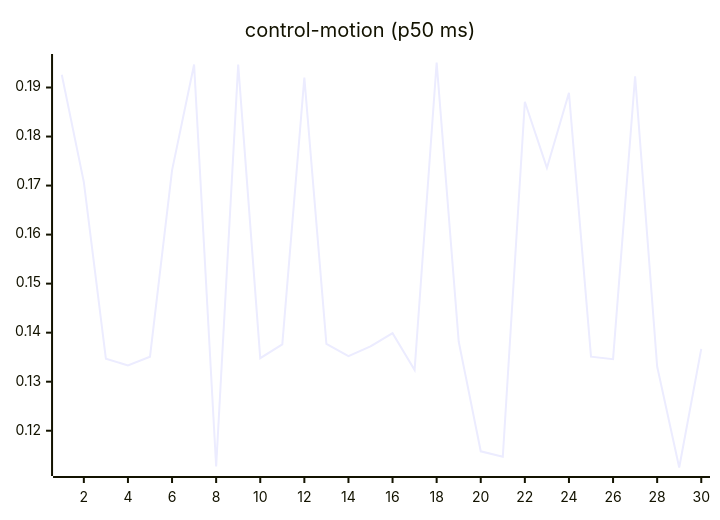
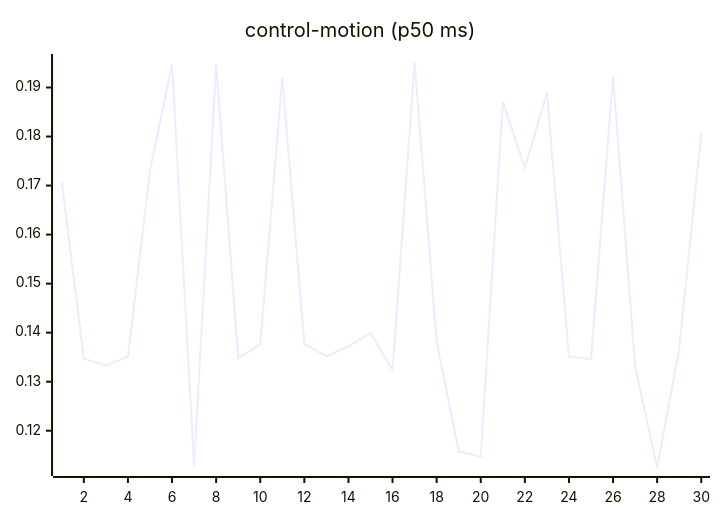
Before and after one commit to josha/Facet: the seventh of 27 diagrams in README.md, drawn with Mermaid. The commit also changed other lines of this file and 2 other files, not shown here.

````diff
--- a/README.md
+++ b/README.md
@@ -105,6 +105,6 @@
 ```mermaid
 xychart-beta
     title "control-motion (p50 ms)"
     x-axis 1 --> 30
-    line [0.1926, 0.1707, 0.1347, 0.1333, 0.1351, 0.1731, 0.1947, 0.1127, 0.1947, 0.1348, 0.1376, 0.1920, 0.1377, 0.1352, 0.1372, 0.1399, 0.1324, 0.1951, 0.1382, 0.1158, 0.1147, 0.1871, 0.1736, 0.1889, 0.1351, 0.1346, 0.1923, 0.1331, 0.1125, 0.1367]
+    line [0.1707, 0.1347, 0.1333, 0.1351, 0.1731, 0.1947, 0.1127, 0.1947, 0.1348, 0.1376, 0.1920, 0.1377, 0.1352, 0.1372, 0.1399, 0.1324, 0.1951, 0.1382, 0.1158, 0.1147, 0.1871, 0.1736, 0.1889, 0.1351, 0.1346, 0.1923, 0.1331, 0.1125, 0.1367, 0.1807]
 ```
````
